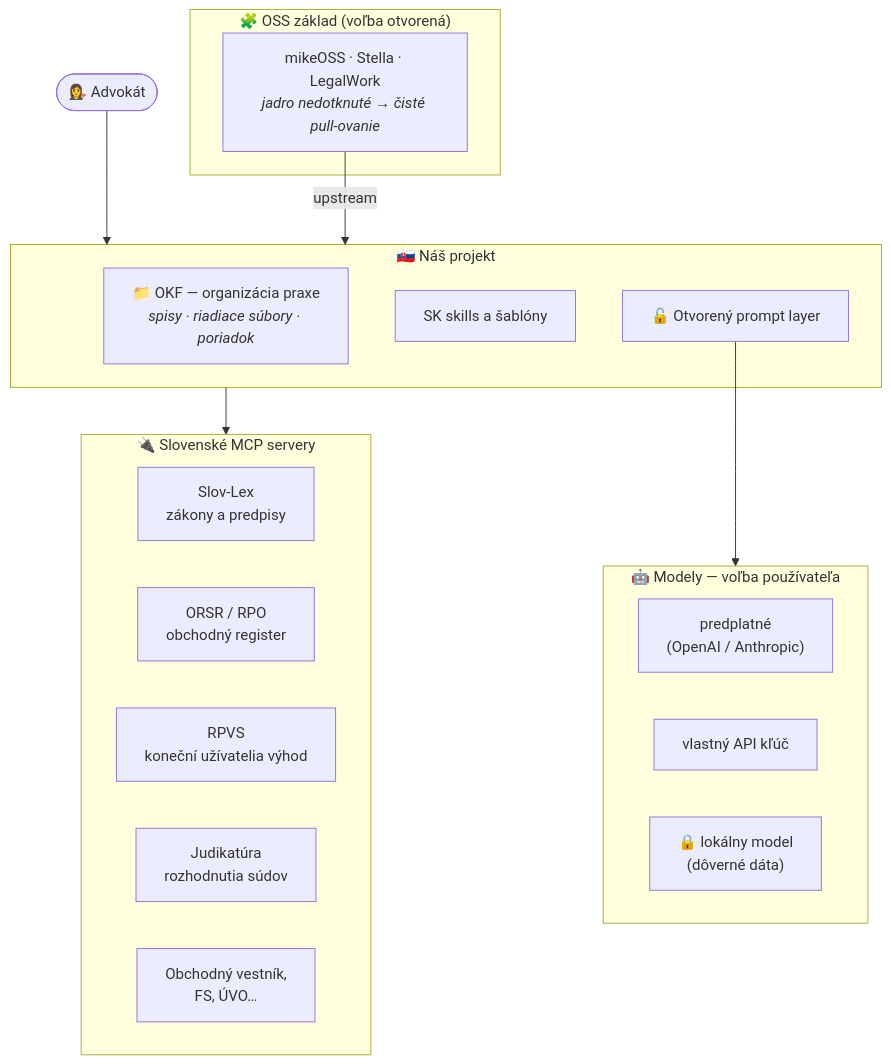
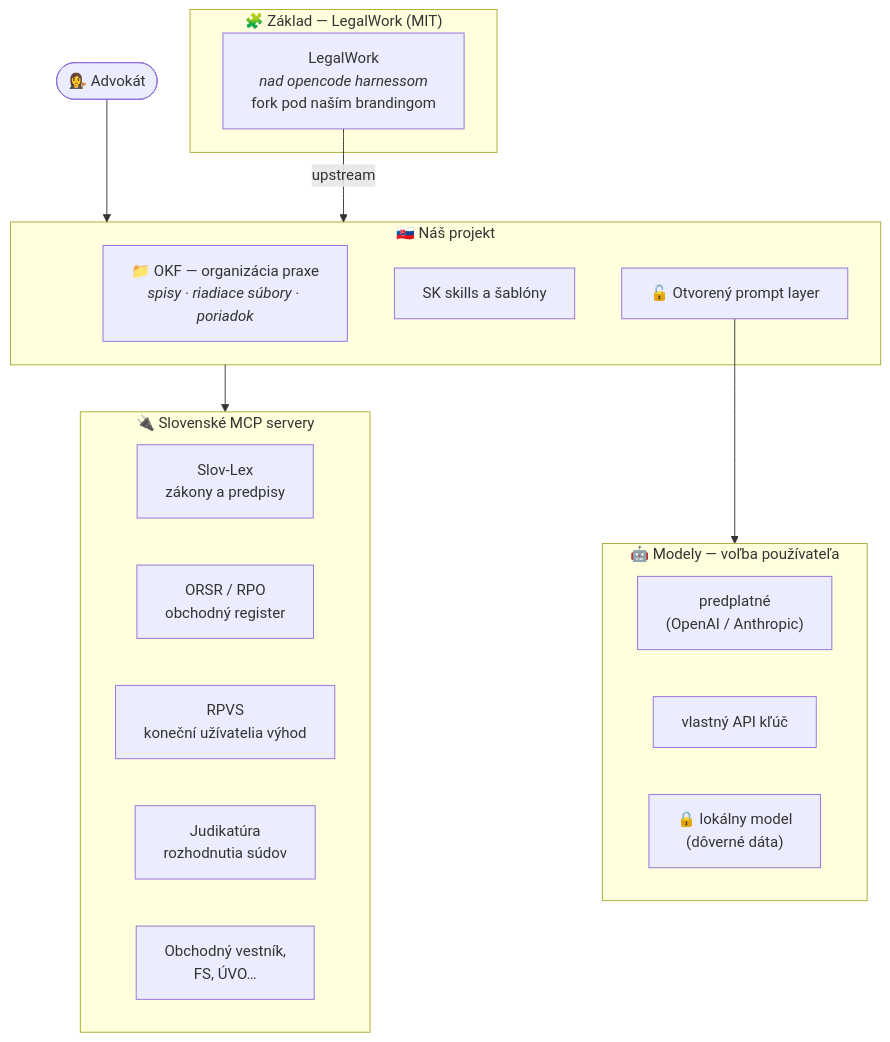
The first of 3 diagrams in README.md (Omni-Legal-Products/lawOSS-like-SK-CZ), drawn with Mermaid before and after one commit. The commit also changed other lines of this file and 4 other files, not shown here.

````diff
--- a/README.md
+++ b/README.md
@@ -98,32 +121,32 @@
 ```mermaid
 flowchart TB
     ADVOKAT(["👩‍⚖️ Advokát"]) --> SK
 
     subgraph SK["🇸🇰 Náš projekt"]
         OKF["📁 OKF — organizácia praxe<br/><i>spisy · riadiace súbory · poriadok</i>"]
         SKILLS["SK skills a šablóny"]
         PROMPT["🔓 Otvorený prompt layer"]
     end
 
-    subgraph base["🧩 OSS základ (voľba otvorená)"]
-        B["mikeOSS · Stella · LegalWork<br/><i>jadro nedotknuté → čisté pull-ovanie</i>"]
+    subgraph base["🧩 Základ — LegalWork (MIT)"]
+        B["LegalWork<br/><i>nad opencode harnessom</i><br/>fork pod naším brandingom"]
     end
 
     subgraph mcp["🔌 Slovenské MCP servery"]
         SLOVLEX["Slov-Lex<br/>zákony a predpisy"]
         ORSR["ORSR / RPO<br/>obchodný register"]
         RPVS["RPVS<br/>koneční užívatelia výhod"]
         JUD["Judikatúra<br/>rozhodnutia súdov"]
         OV["Obchodný vestník,<br/>FS, ÚVO…"]
     end
 
     subgraph model["🤖 Modely — voľba používateľa"]
         SUB["predplatné<br/>(OpenAI / Anthropic)"]
         API["vlastný API kľúč"]
         LOC["🔒 lokálny model<br/>(dôverné dáta)"]
     end
 
     B -- "upstream" --> SK
     SK --> mcp
     PROMPT --> model
 ```
````
